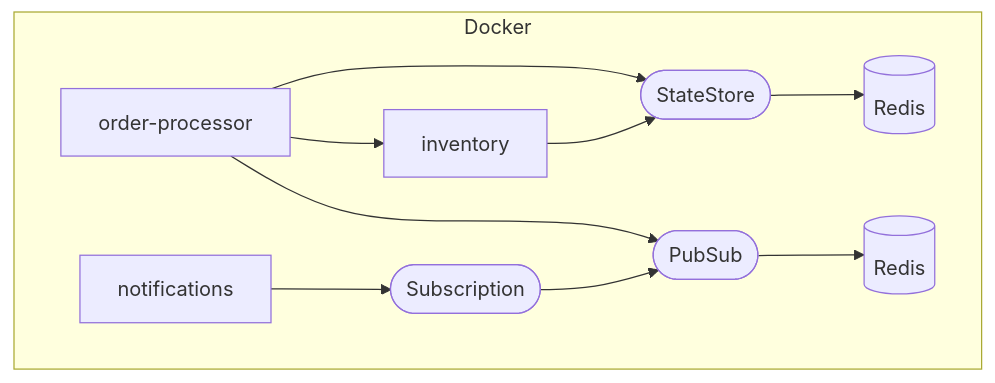
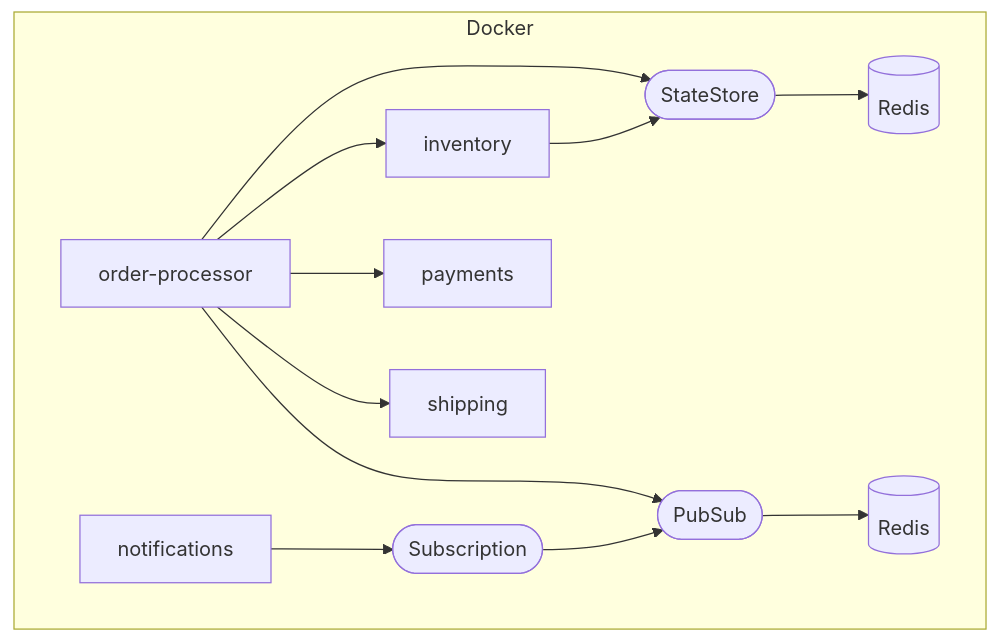
The second of 5 diagrams in score-demo.md (kendallroden/kubecon-dapr-score-demo), drawn with Mermaid before and after one commit. The commit also changed other lines of this file, not shown here.

````diff
--- a/score-demo.md
+++ b/score-demo.md
@@ -20,10 +22,12 @@
 ```mermaid
 flowchart TD
     subgraph Docker
         inventory-->state-store([StateStore])-->redis-statestore[(Redis)]
         notifications-->subscription([Subscription])-->pubsub([PubSub])
         order-processor-->state-store
         order-processor-->pubsub-->redis-pubsub[(Redis)]
         order-processor-->inventory
+        order-processor-->payments
+        order-processor-->shipping
     end
 ```
````
